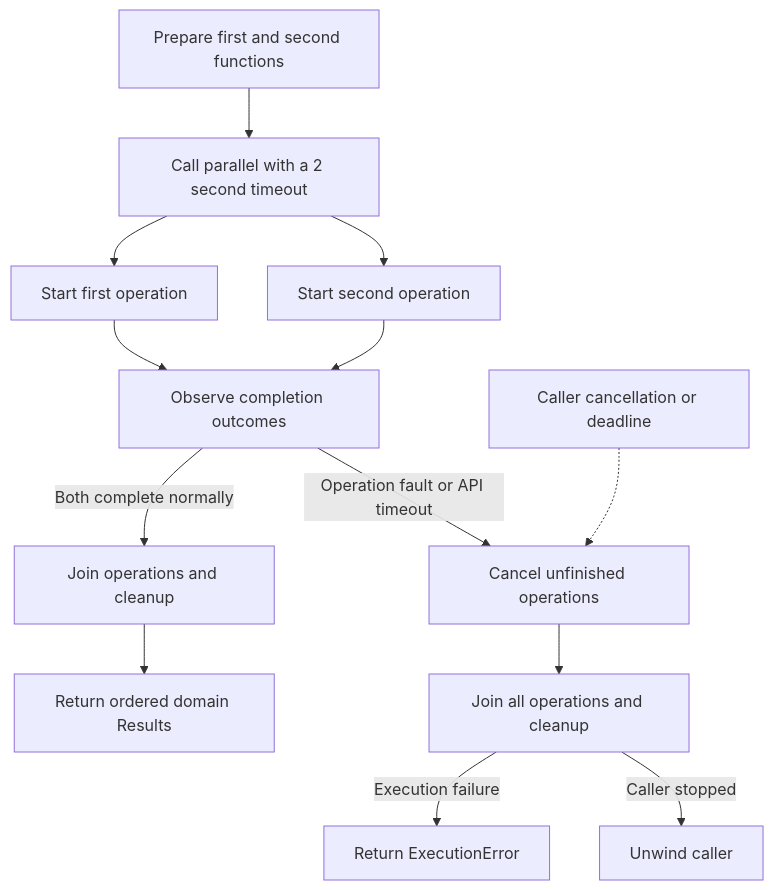
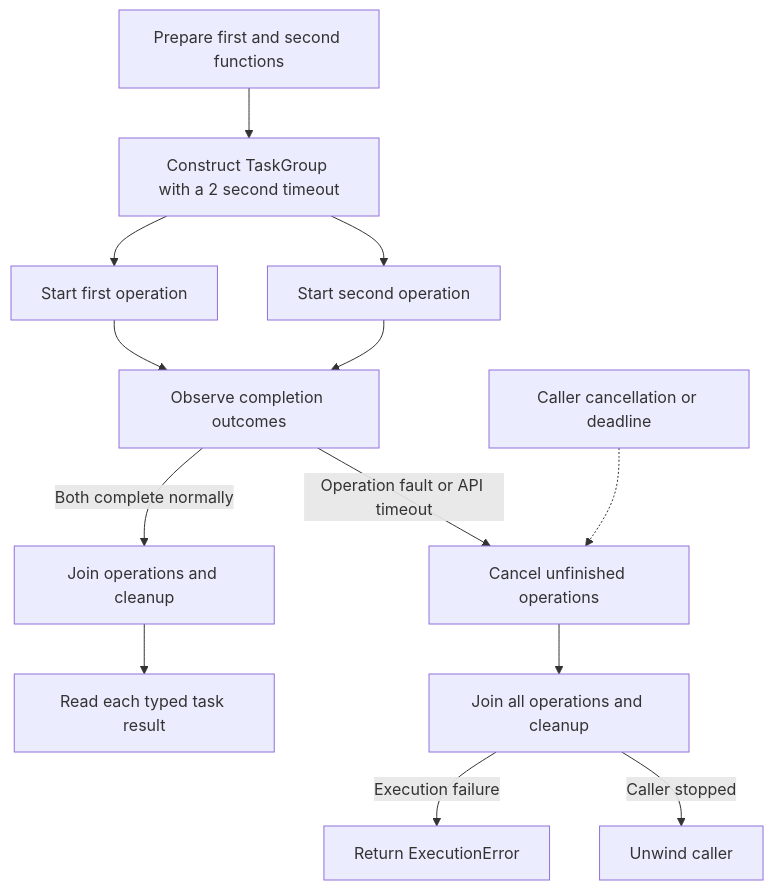
One commit to manuscript-lang/manuscript changed the diagram in documentation/developer-tooling/diagrams/flow.md. Above: the diagram before and after it, drawn with Mermaid. The commit also changed other lines of this file and 100 other files, not shown here.

Commit message:
Replace parallel with scoped typed task groups

````diff
--- a/documentation/developer-tooling/diagrams/flow.md
+++ b/documentation/developer-tooling/diagrams/flow.md
@@ -12,15 +12,15 @@
 ```mermaid
 flowchart TD
-    R[Prepare first and second functions] --> A[Call parallel with a 2 second timeout]
+    R[Prepare first and second functions] --> A[Construct TaskGroup with a 2 second timeout]
     A --> I[Start first operation]
     A --> S[Start second operation]
     I --> W[Observe completion outcomes]
     S --> W
     W -->|Both complete normally| J[Join operations and cleanup]
-    J --> V[Return ordered domain Results]
+    J --> V[Read each typed task result]
     W -->|Operation fault or API timeout| C[Cancel unfinished operations]
     P[Caller cancellation or deadline] -.-> C
     C --> K[Join all operations and cleanup]
     K -->|Execution failure| E[Return ExecutionError]
     K -->|Caller stopped| U[Unwind caller]
 ```
````
